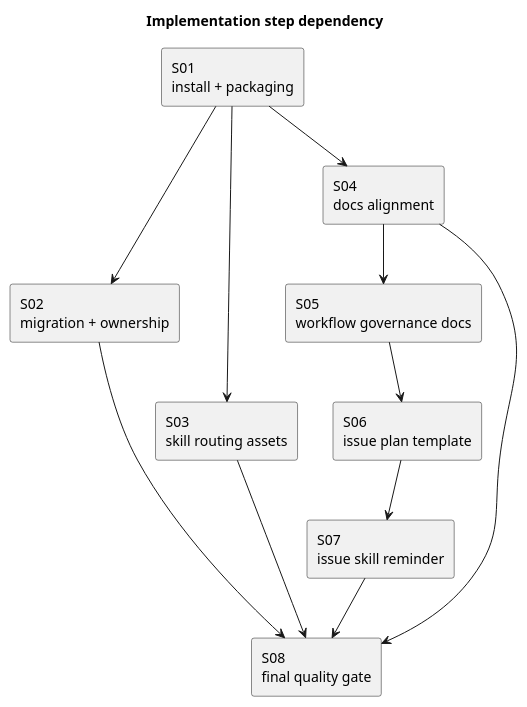
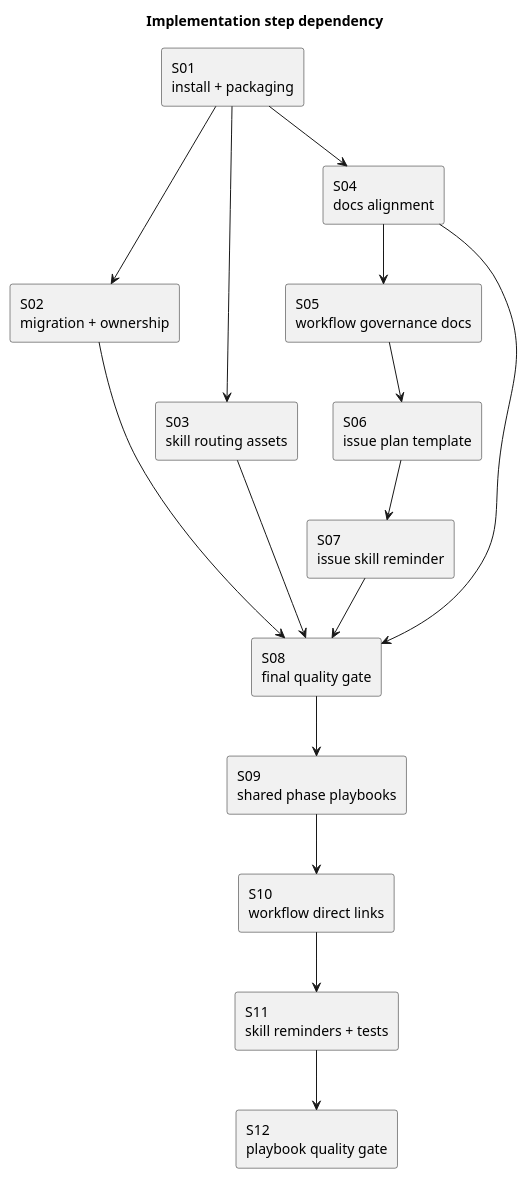
Before and after one commit to chemitaro/spec-dock: the diagram in spec-deps/current/plan.md, drawn with PlantUML. The commit also changed other lines of this file and 2 other files, not shown here.

First line of the commit message:
docs(spec-deps): shared phase playbook と direct link によるスコープ横断手順を追補

````diff
--- a/spec-deps/current/plan.md
+++ b/spec-deps/current/plan.md
@@ -38,26 +42,34 @@
 ```plantuml
 @startuml
 skinparam monochrome true
 title Implementation step dependency
 
 rectangle "S01\ninstall + packaging" as S01
 rectangle "S02\nmigration + ownership" as S02
 rectangle "S03\nskill routing assets" as S03
 rectangle "S04\ndocs alignment" as S04
 rectangle "S05\nworkflow governance docs" as S05
 rectangle "S06\nissue plan template" as S06
 rectangle "S07\nissue skill reminder" as S07
 rectangle "S08\nfinal quality gate" as S08
+rectangle "S09\nshared phase playbooks" as S09
+rectangle "S10\nworkflow direct links" as S10
+rectangle "S11\nskill reminders + tests" as S11
+rectangle "S12\nplaybook quality gate" as S12
 
 S01 --> S02
 S01 --> S03
 S01 --> S04
 S04 --> S05
 S05 --> S06
 S06 --> S07
 S02 --> S08
 S03 --> S08
 S04 --> S08
 S07 --> S08
+S08 --> S09
+S09 --> S10
+S10 --> S11
+S11 --> S12
 @enduml
 ```
````
